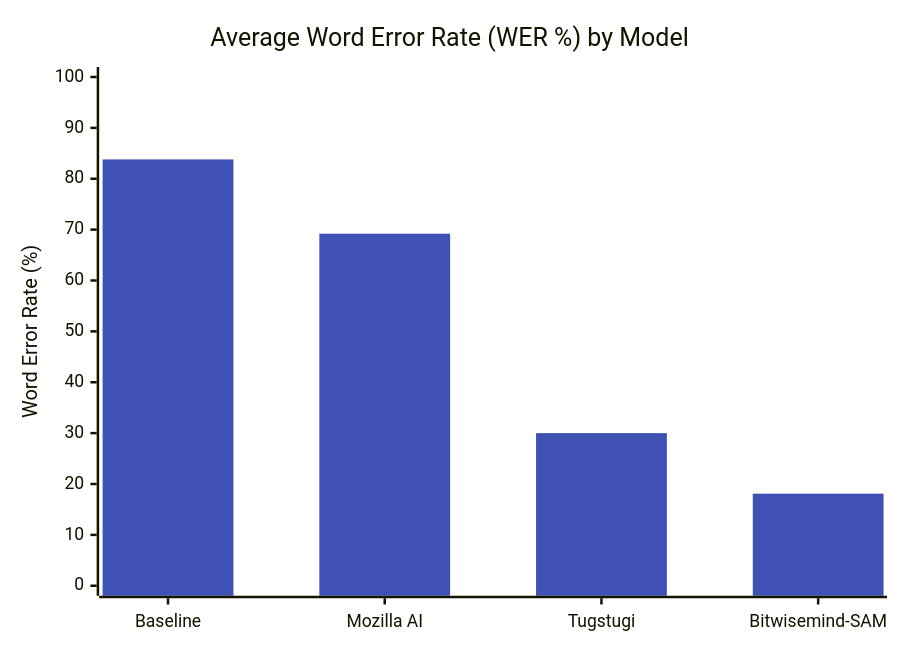
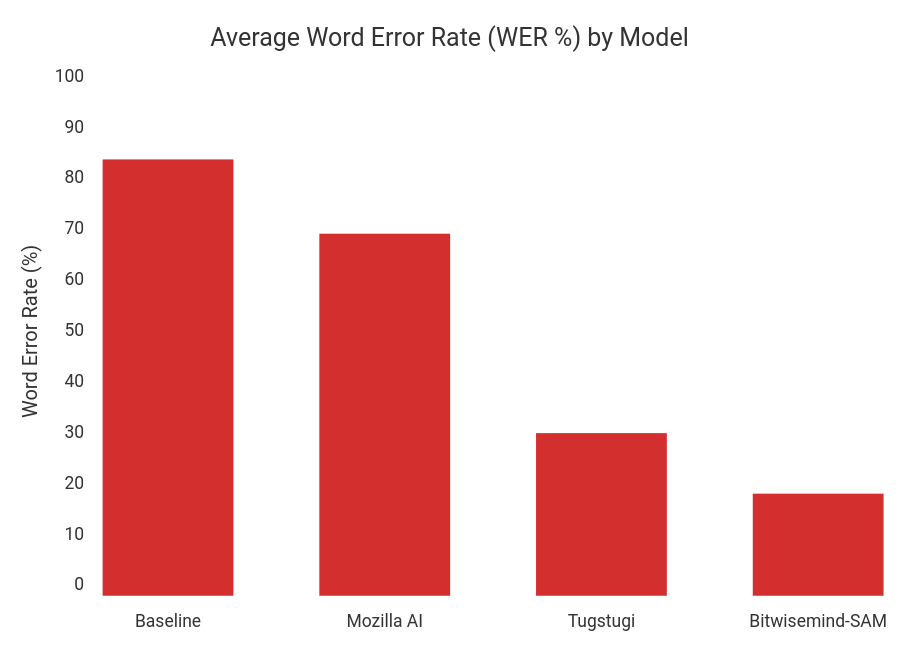
Before and after one commit to JyotismoyKalita/BengaliYoutubeTranscription: the first of 4 diagrams in docs/index.md, drawn with Mermaid. The commit also changed other lines of this file and 3 other files, not shown here.

````diff
--- a/docs/index.md
+++ b/docs/index.md
@@ -297,8 +297,26 @@
 ```mermaid
-%%{init: { "themeVariables": { "xyChart": { "plotColorPalette": "#3F51B5" } } } }%%
+%%{init: { 
+  "theme": "base",
+  "themeVariables": { 
+    "background": "transparent",
+    "xyChart": { 
+      "backgroundColor": "transparent",
+      "plotColorPalette": "#d32f2f",
+      "titleColor": "var(--md-typeset-color)",
+      "xAxisLabelColor": "var(--md-typeset-color)",
+      "xAxisTitleColor": "var(--md-typeset-color)",
+      "xAxisLineColor": "var(--md-typeset-color)",
+      "xAxisTickColor": "var(--md-typeset-color)",
+      "yAxisLabelColor": "var(--md-typeset-color)",
+      "yAxisTitleColor": "var(--md-typeset-color)",
+      "yAxisLineColor": "var(--md-typeset-color)",
+      "yAxisTickColor": "var(--md-typeset-color)"
+    } 
+  } 
+} }%%
 xychart-beta
     title "Average Word Error Rate (WER %) by Model"
     x-axis ["Baseline", "Mozilla AI", "Tugstugi", "Bitwisemind-SAM"]
     y-axis "Word Error Rate (%)" 0 --> 100
     bar [83.8, 69.2, 30.0, 18.1]
 ```
````
